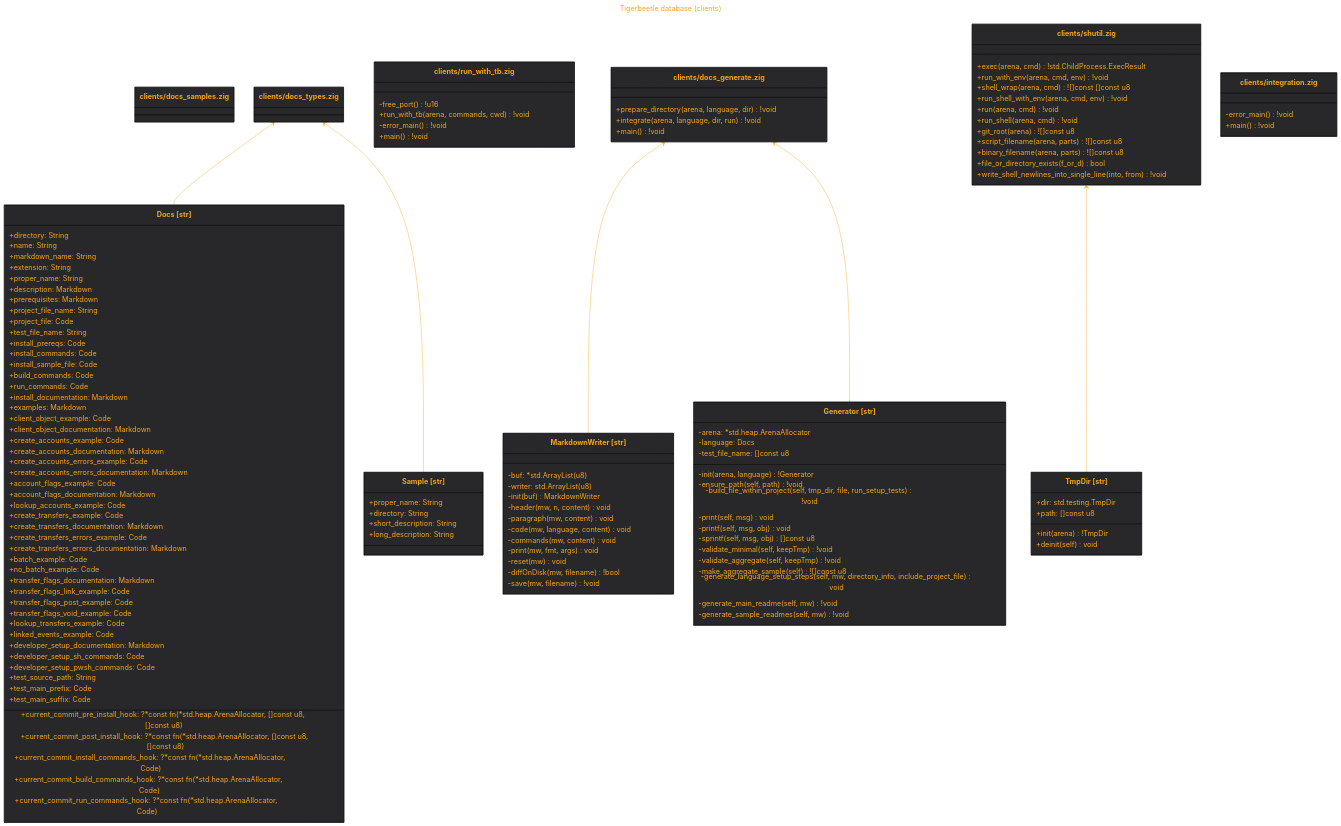
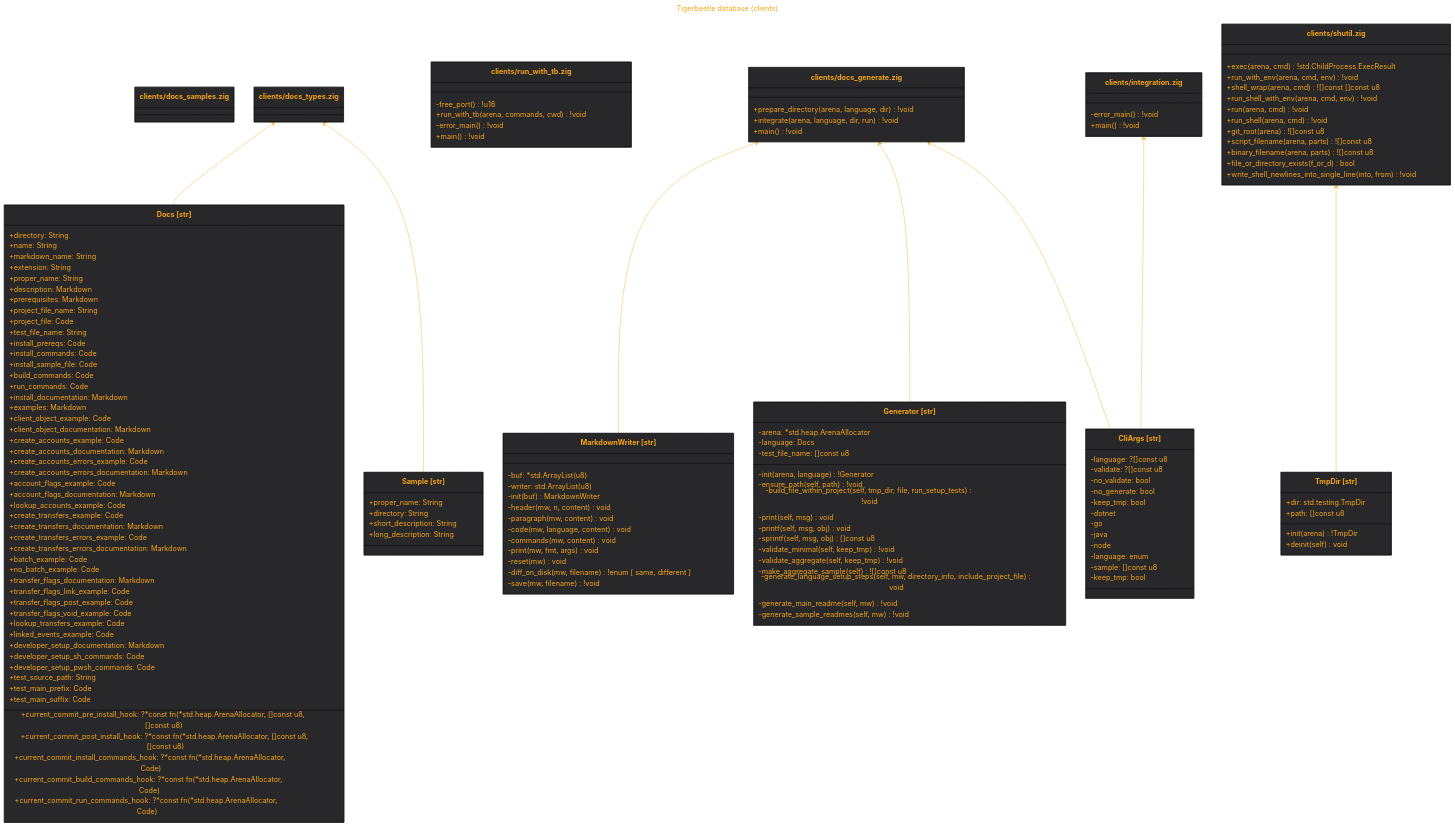
Before and after one commit to tensorush/meduza: the diagram in out/src.clients.md, drawn with Mermaid. The commit also changed 4 other files, not shown here.

````diff
--- a/out/src.clients.md
+++ b/out/src.clients.md
@@ -97,10 +97,10 @@
     -commands(mw, content) void
     -print(mw, fmt, args) void
     -reset(mw) void
-    -diffOnDisk(mw, filename) !bool
+    -diff_on_disk(mw, filename) !enum [ same, different ]
     -save(mw, filename) !void
 }
-link MarkdownWriter "https://github.com/tigerbeetle/tigerbeetle/blob/main/src/clients/docs_generate.zig#L22"
+link MarkdownWriter "https://github.com/tigerbeetle/tigerbeetle/blob/main/src/clients/docs_generate.zig#L25"
 class Generator["Generator [str]"] {
     -arena: *std.heap.ArenaAllocator
     -language: Docs
@@ -111,14 +111,22 @@
     -print(self, msg) void
     -printf(self, msg, obj) void
     -sprintf(self, msg, obj) []const u8
-    -validate_minimal(self, keepTmp) !void
-    -validate_aggregate(self, keepTmp) !void
+    -validate_minimal(self, keep_tmp) !void
+    -validate_aggregate(self, keep_tmp) !void
     -make_aggregate_sample(self) ![]const u8
     -generate_language_setup_steps(self, mw, directory_info, include_project_file) void
     -generate_main_readme(self, mw) !void
     -generate_sample_readmes(self, mw) !void
 }
-link Generator "https://github.com/tigerbeetle/tigerbeetle/blob/main/src/clients/docs_generate.zig#L215"
+link Generator "https://github.com/tigerbeetle/tigerbeetle/blob/main/src/clients/docs_generate.zig#L204"
+class CliArgs["CliArgs [str]"] {
+    -language: ?[]const u8
+    -validate: ?[]const u8
+    -no_validate: bool
+    -no_generate: bool
+    -keep_tmp: bool
+}
+link CliArgs "https://github.com/tigerbeetle/tigerbeetle/blob/main/src/clients/docs_generate.zig#L789"
 class `clients/docs_generate.zig` {
     +prepare_directory(arena, language, dir) !void
     +integrate(arena, language, dir, run) !void
@@ -126,6 +134,7 @@
 }
 `clients/docs_generate.zig` <-- MarkdownWriter
 `clients/docs_generate.zig` <-- Generator
+`clients/docs_generate.zig` <-- CliArgs
 link `clients/docs_generate.zig` "https://github.com/tigerbeetle/tigerbeetle/blob/main/src/clients/docs_generate.zig"
 class TmpDir["TmpDir [str]"] {
     +dir: std.testing.TmpDir
@@ -133,7 +142,7 @@
     +init(arena) !TmpDir
     +deinit(self) void
 }
-link TmpDir "https://github.com/tigerbeetle/tigerbeetle/blob/main/src/clients/shutil.zig#L129"
+link TmpDir "https://github.com/tigerbeetle/tigerbeetle/blob/main/src/clients/shutil.zig#L130"
 class `clients/shutil.zig` {
     +exec(arena, cmd) !std.ChildProcess.ExecResult
     +run_with_env(arena, cmd, env) !void
@@ -149,9 +158,20 @@
 }
 `clients/shutil.zig` <-- TmpDir
 link `clients/shutil.zig` "https://github.com/tigerbeetle/tigerbeetle/blob/main/src/clients/shutil.zig"
+class CliArgs["CliArgs [str]"] {
+    -dotnet
+    -go
+    -java
+    -node
+    -language: enum
+    -sample: []const u8
+    -keep_tmp: bool
+}
+link CliArgs "https://github.com/tigerbeetle/tigerbeetle/blob/main/src/clients/integration.zig#L24"
 class `clients/integration.zig` {
     -error_main() !void
     +main() !void
 }
+`clients/integration.zig` <-- CliArgs
 link `clients/integration.zig` "https://github.com/tigerbeetle/tigerbeetle/blob/main/src/clients/integration.zig"
 ```
````
